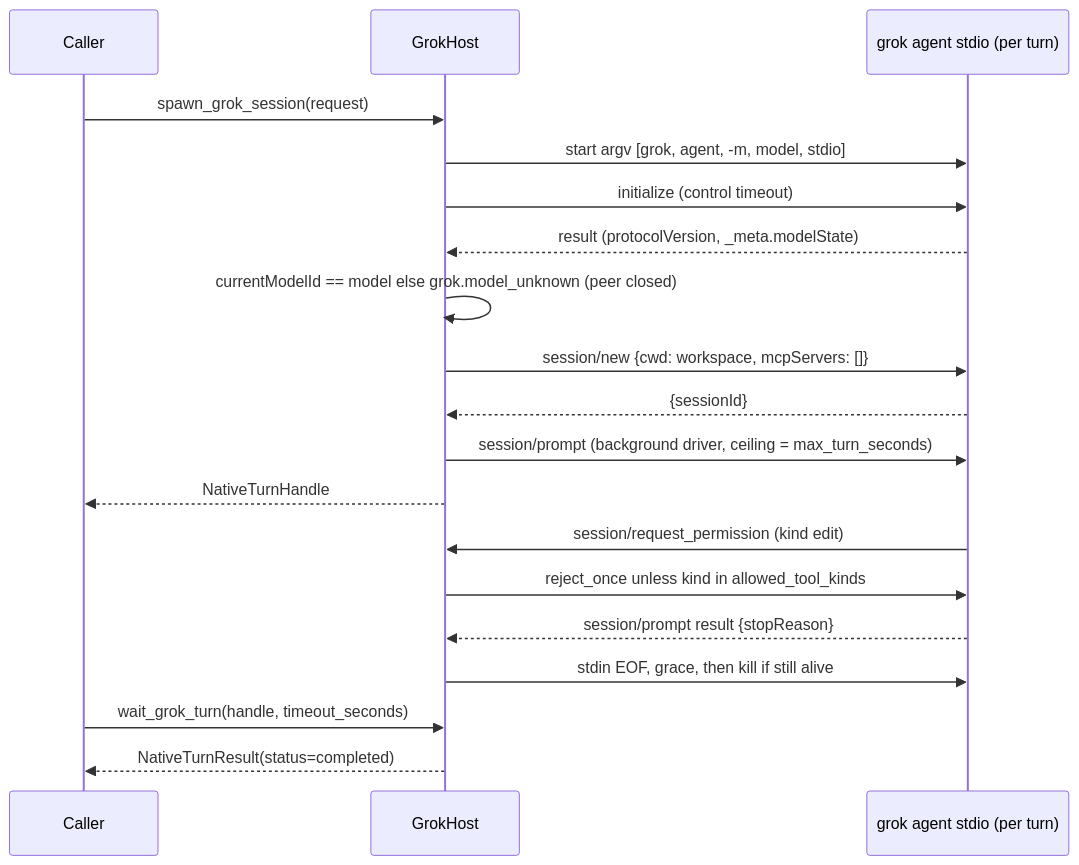
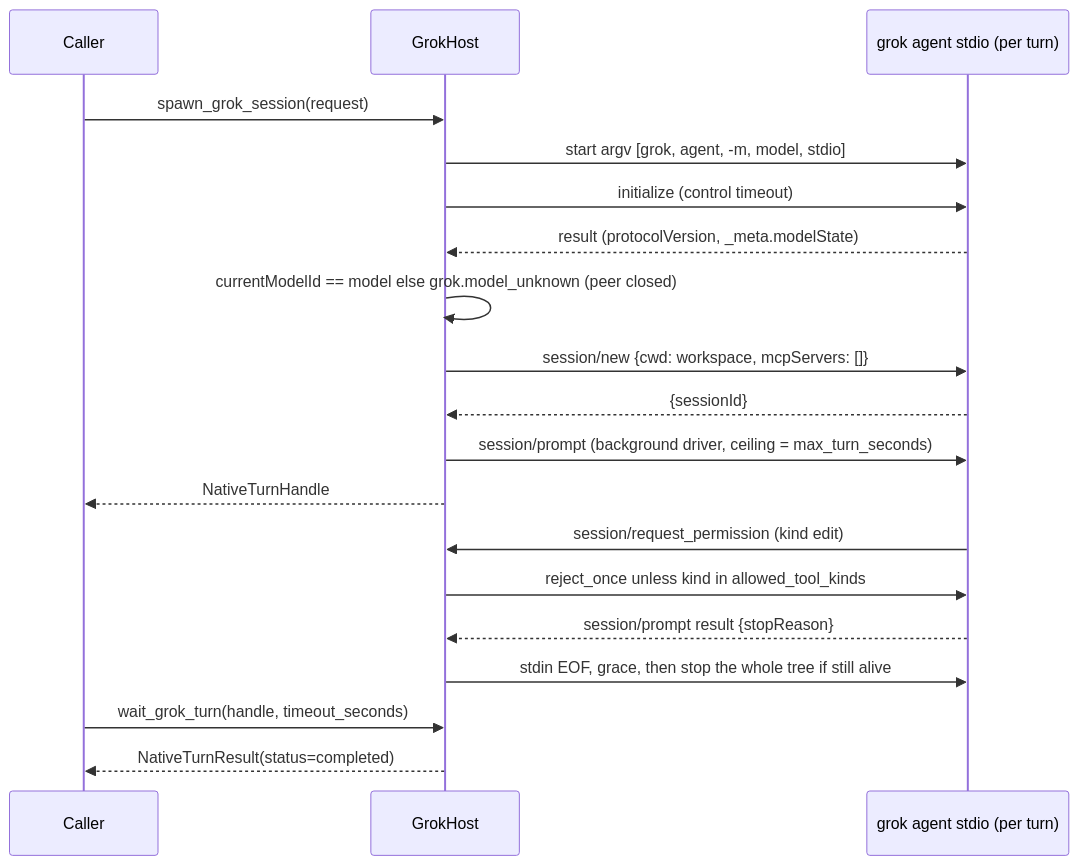
Before and after one commit to cerredz/Vidbyte-SDK: the second of 2 diagrams in docs/spec/native-grok-opencode-meta-hosts/spec.md, drawn with Mermaid. The commit also changed other lines of this file, not shown here.

````diff
--- a/docs/spec/native-grok-opencode-meta-hosts/spec.md
+++ b/docs/spec/native-grok-opencode-meta-hosts/spec.md
@@ -162,21 +162,21 @@
 ```mermaid
 sequenceDiagram
   participant C as Caller
   participant H as GrokHost
   participant P as grok agent stdio (per turn)
   C->>H: spawn_grok_session(request)
   H->>P: start argv [grok, agent, -m, model, stdio]
   H->>P: initialize (control timeout)
   P-->>H: result (protocolVersion, _meta.modelState)
   H->>H: currentModelId == model else grok.model_unknown (peer closed)
   H->>P: session/new {cwd: workspace, mcpServers: []}
   P-->>H: {sessionId}
   H->>P: session/prompt (background driver, ceiling = max_turn_seconds)
   H-->>C: NativeTurnHandle
   P->>H: session/request_permission (kind edit)
   H->>P: reject_once unless kind in allowed_tool_kinds
   P-->>H: session/prompt result {stopReason}
-  H->>P: stdin EOF, grace, then kill if still alive
+  H->>P: stdin EOF, grace, then stop the whole tree if still alive
   C->>H: wait_grok_turn(handle, timeout_seconds)
   H-->>C: NativeTurnResult(status=completed)
 ```
````
